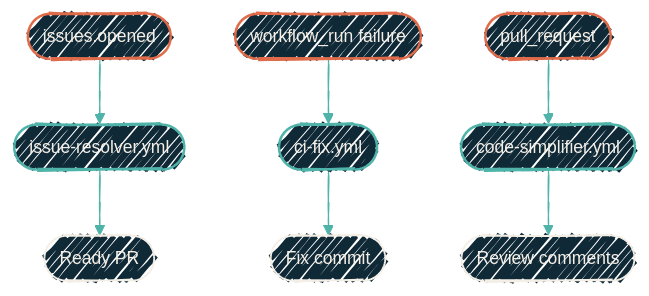
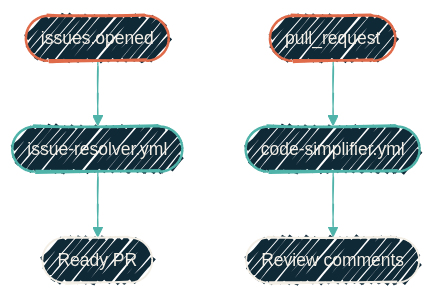
One commit to dryvist/docs changed the diagram in automation/cloud-pipelines/overview.mdx. Above: the diagram before and after it, drawn with Mermaid. The commit also changed other lines of this file and 14 other files, not shown here.

````diff
--- a/automation/cloud-pipelines/overview.mdx
+++ b/automation/cloud-pipelines/overview.mdx
@@ -19,16 +19,15 @@
 ```mermaid
 %%{init:
   {'theme':'base','look':'handDrawn','themeVariables':{'fontFamily':'Geist','fontSize':'14px','primaryColor':'#102937','primaryTextColor':'#F4EFE6','primaryBorderColor':'#4FB3A9','lineColor':'#4FB3A9','secondaryColor':'#0B1D2A','tertiaryColor':'#1A2A38','clusterBkg':'rgba(79,179,169,0.08)','clusterBorder':'#4FB3A9'}}}%%
   flowchart TB
   E1([issues.opened]) --> W1([issue-resolver.yml]) --> O1([Ready PR])
-  E2([workflow_run failure]) --> W2([ci-fix.yml]) --> O2([Fix commit])
   E3([pull_request]) --> W3([code-simplifier.yml]) --> O3([Review comments])
 
   classDef evt fill:#102937,stroke:#E06B4A,stroke-width:2px,color:#F4EFE6;
   classDef wf  fill:#102937,stroke:#4FB3A9,stroke-width:2px,color:#F4EFE6;
   classDef out fill:#102937,stroke:#F4EFE6,stroke-width:1.5px,color:#F4EFE6;
 
-  class E1,E2,E3 evt
-  class W1,W2,W3 wf
-  class O1,O2,O3 out
+  class E1,E3 evt
+  class W1,W3 wf
+  class O1,O3 out
 ```
````
